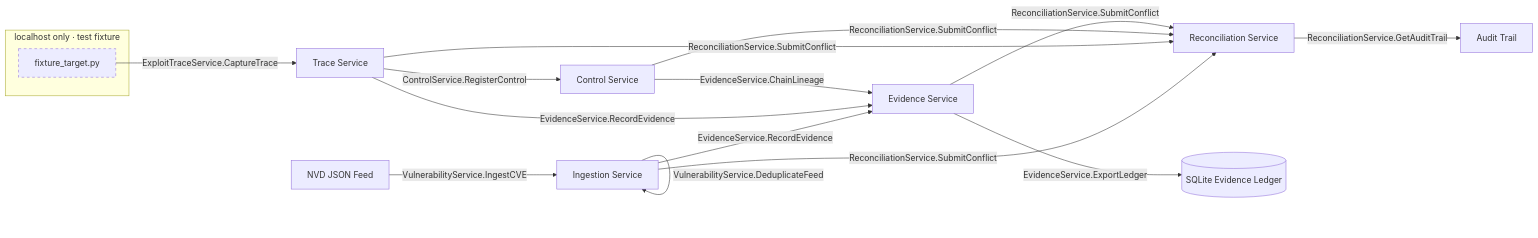
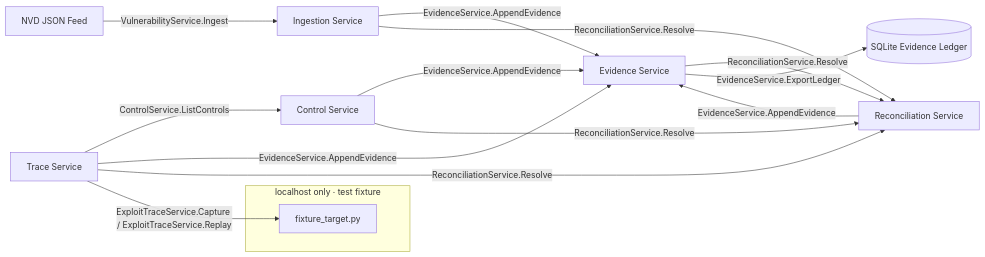
One commit to whatheheckisthis/bigip-icontrol-rce-research changed the diagram in README.md. Above: the diagram before and after it, drawn with Mermaid. The commit also changed other lines of this file and 84 other files, not shown here.

````diff
--- a/README.md
+++ b/README.md
@@ -16,26 +27,23 @@
 ```mermaid
 flowchart LR
-  NVD[NVD JSON Feed] -->|VulnerabilityService.IngestCVE| ING[Ingestion Service]
-  ING -->|VulnerabilityService.DeduplicateFeed| ING
-  ING -->|EvidenceService.RecordEvidence| EVID[Evidence Service]
+    NVD[NVD JSON Feed] -->|VulnerabilityService.Ingest| ING[Ingestion Service]
 
-  FIX[fixture_target.py]:::fixture -->|ExploitTraceService.CaptureTrace| TRACE[Trace Service]
-  TRACE -->|ControlService.RegisterControl| CTRL[Control Service]
-  TRACE -->|EvidenceService.RecordEvidence| EVID
-  CTRL -->|EvidenceService.ChainLineage| EVID
+    ING -->|EvidenceService.AppendEvidence| EVI[Evidence Service]
+    ING -->|ReconciliationService.Resolve| REC[Reconciliation Service]
 
-  ING -->|ReconciliationService.SubmitConflict| REC[Reconciliation Service]
-  TRACE -->|ReconciliationService.SubmitConflict| REC
-  CTRL -->|ReconciliationService.SubmitConflict| REC
-  EVID -->|ReconciliationService.SubmitConflict| REC
-  REC -->|ReconciliationService.GetAuditTrail| AUD[Audit Trail]
+    TRC[Trace Service] -->|ControlService.ListControls| CTR[Control Service]
+    TRC -->|EvidenceService.AppendEvidence| EVI
+    CTR -->|EvidenceService.AppendEvidence| EVI
 
-  LEDGER[(SQLite Evidence Ledger)]
-  EVID -->|EvidenceService.ExportLedger| LEDGER
+    REC -->|EvidenceService.AppendEvidence| EVI
+    CTR -->|ReconciliationService.Resolve| REC
+    EVI -->|ReconciliationService.Resolve| REC
+    TRC -->|ReconciliationService.Resolve| REC
 
-  subgraph BOUNDARY[localhost only · test fixture]
-    FIX
-  end
+    EVI -->|EvidenceService.ExportLedger| LEDGER[(SQLite Evidence Ledger)]
 
-  classDef fixture stroke-dasharray: 5 5;
+    subgraph FX[localhost only · test fixture]
+      FIX[fixture_target.py]
+    end
+    TRC -->|ExploitTraceService.Capture / ExploitTraceService.Replay| FIX
 ```
````
